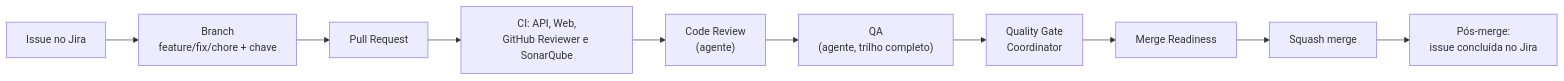
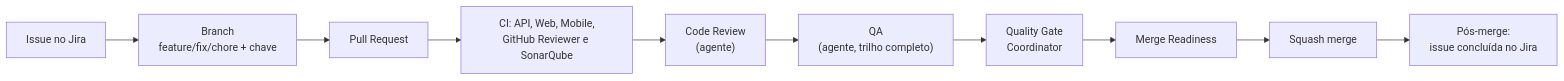
The fourth of 4 diagrams in README.md (TitoStauffer/CashIn), drawn with Mermaid before and after one commit. The commit also changed other lines of this file and 38 other files, not shown here.

First line of the commit message:
[DEV-141] - Criar a fundação do app mobile com Expo, navegação, cliente da API e CI (#118)

````diff
--- a/README.md
+++ b/README.md
@@ -151,12 +170,12 @@
 ```mermaid
 flowchart LR
     jira["Issue no Jira"] --> branch["Branch<br/>feature/fix/chore + chave"]
     branch --> pr["Pull Request"]
-    pr --> ci["CI: API, Web,<br/>GitHub Reviewer e SonarQube"]
+    pr --> ci["CI: API, Web, Mobile,<br/>GitHub Reviewer e SonarQube"]
     ci --> cr["Code Review<br/>(agente)"]
     cr --> qa["QA<br/>(agente, trilho completo)"]
     qa --> qg["Quality Gate<br/>Coordinator"]
     qg --> mr["Merge Readiness"]
     mr --> merge["Squash merge"]
     merge --> post["Pós-merge:<br/>issue concluída no Jira"]
 ```
````
